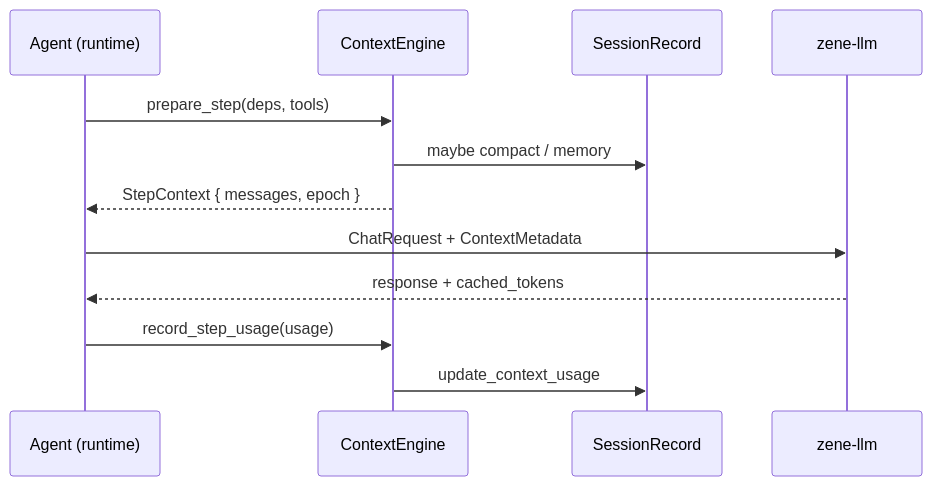
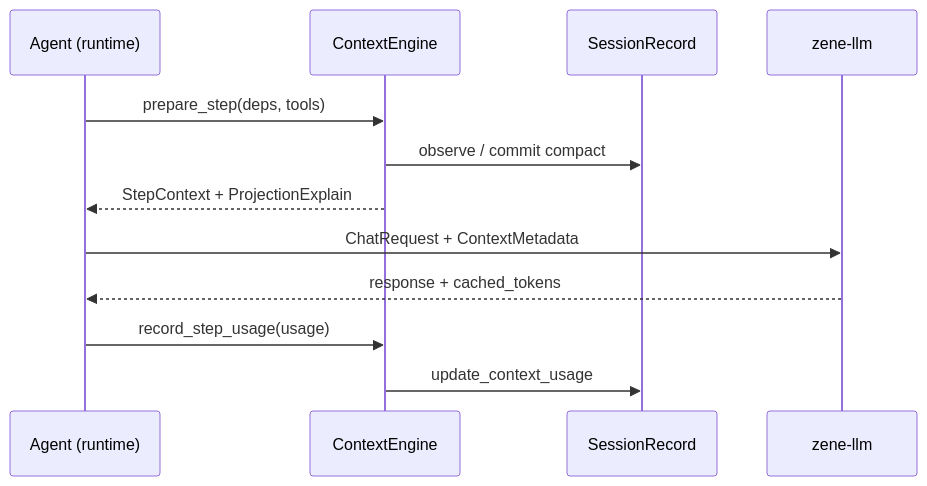
The diagram in docs/context-engine.md (EeroEternal/zene), drawn with Mermaid before and after one commit. The commit also changed other lines of this file and 11 other files, not shown here.

````diff
--- a/docs/context-engine.md
+++ b/docs/context-engine.md
@@ -172,15 +169,15 @@
 ```mermaid
 sequenceDiagram
     participant RT as Agent (runtime)
     participant CE as ContextEngine
     participant SE as SessionRecord
     participant LLM as zene-llm
 
     RT->>CE: prepare_step(deps, tools)
-    CE->>SE: maybe compact / memory
-    CE-->>RT: StepContext { messages, epoch }
+    CE->>SE: observe / commit compact
+    CE-->>RT: StepContext + ProjectionExplain
     RT->>LLM: ChatRequest + ContextMetadata
     LLM-->>RT: response + cached_tokens
     RT->>CE: record_step_usage(usage)
     CE->>SE: update_context_usage
 ```
````
